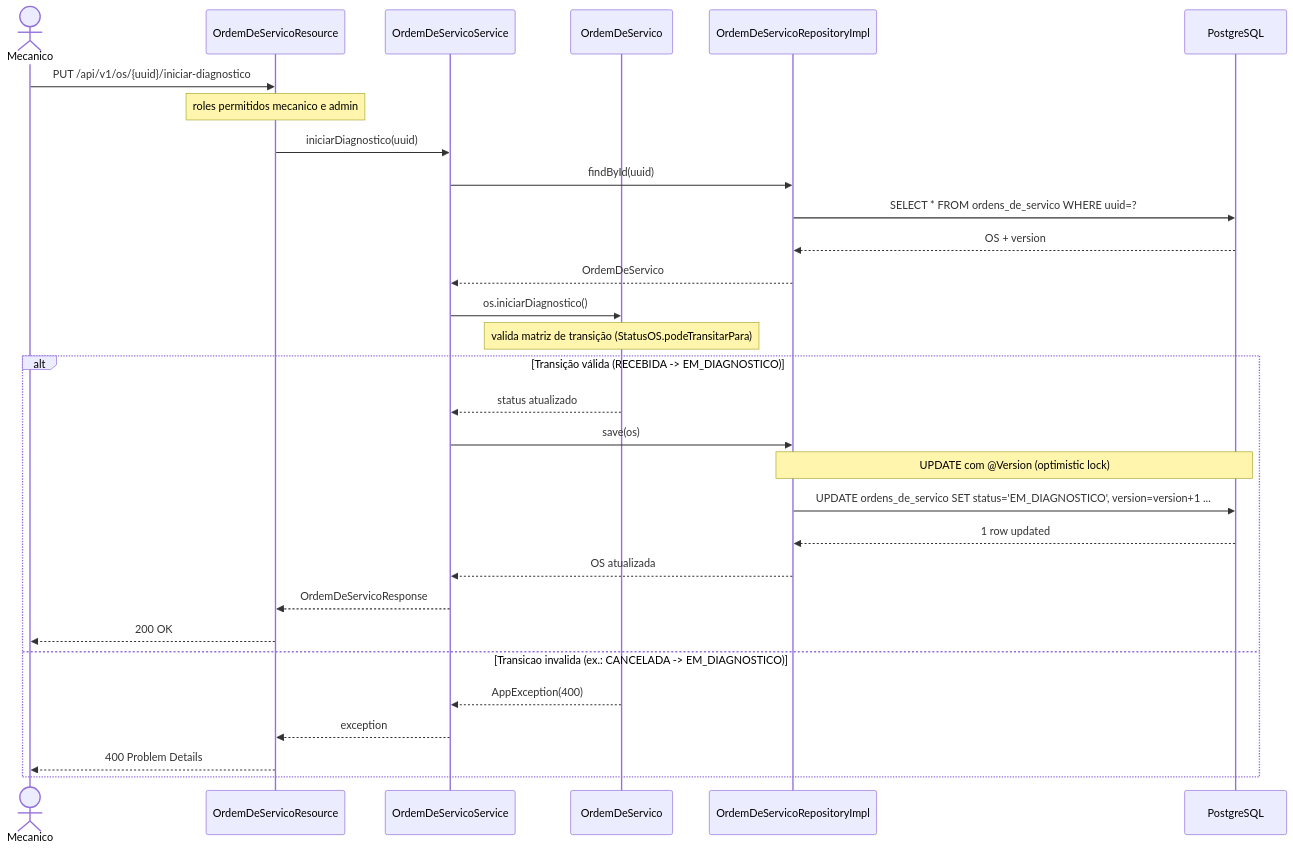
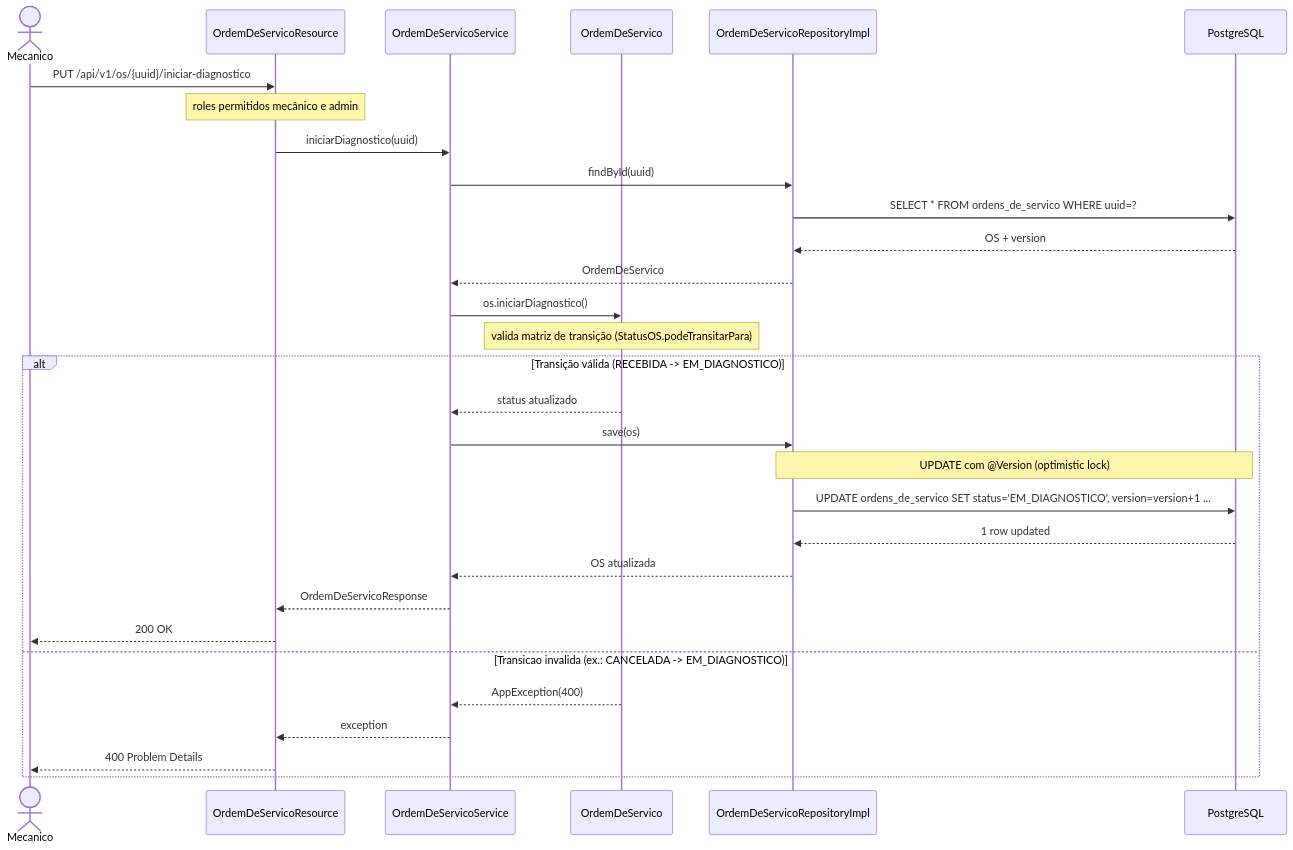
Before and after one commit to FIAP-SOFTWARE-ARCHITECTURE-TEAM/Mekano-API: the diagram in docs/sequence-diagrams/iniciar-diagnostico.md, drawn with Mermaid.

Commit message:
fix: Potential fix for pull request finding

````diff
--- a/docs/sequence-diagrams/iniciar-diagnostico.md
+++ b/docs/sequence-diagrams/iniciar-diagnostico.md
@@ -5,36 +5,36 @@
 ```mermaid
 sequenceDiagram
     actor Mecanico
     participant API as OrdemDeServicoResource
     participant App as OrdemDeServicoService
     participant Domain as OrdemDeServico
     participant Repo as OrdemDeServicoRepositoryImpl
     participant DB as PostgreSQL
 
     Mecanico->>API: PUT /api/v1/os/{uuid}/iniciar-diagnostico
-    Note over API: roles permitidos mecanico e admin
+    Note over API: roles permitidos mecânico e admin
 
     API->>App: iniciarDiagnostico(uuid)
     App->>Repo: findById(uuid)
     Repo->>DB: SELECT * FROM ordens_de_servico WHERE uuid=?
     DB-->>Repo: OS + version
     Repo-->>App: OrdemDeServico
 
     App->>Domain: os.iniciarDiagnostico()
     Note over Domain: valida matriz de transição (StatusOS.podeTransitarPara)
 
     alt Transição válida (RECEBIDA -> EM_DIAGNOSTICO)
         Domain-->>App: status atualizado
         App->>Repo: save(os)
         Note over Repo,DB: UPDATE com @Version (optimistic lock)
         Repo->>DB: UPDATE ordens_de_servico SET status='EM_DIAGNOSTICO', version=version+1 ...
         DB-->>Repo: 1 row updated
         Repo-->>App: OS atualizada
         App-->>API: OrdemDeServicoResponse
         API-->>Mecanico: 200 OK
     else Transicao invalida (ex.: CANCELADA -> EM_DIAGNOSTICO)
         Domain-->>App: AppException(400)
         App-->>API: exception
         API-->>Mecanico: 400 Problem Details
     end
 ```
````
